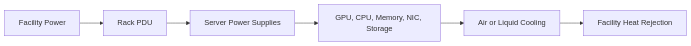
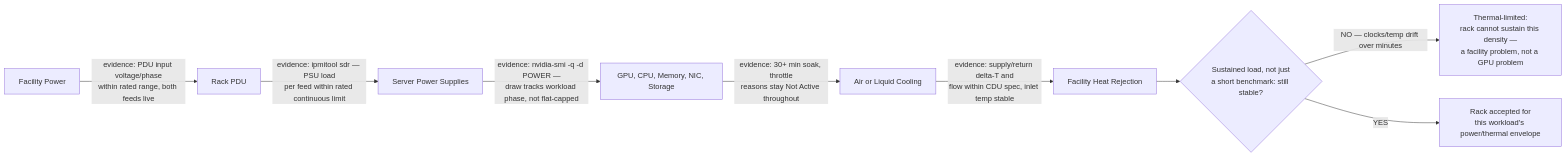
Before and after one commit to jithinpnjm/nvidia-devops: the first of 2 diagrams in docs/nvidia-zero-to-hero/volume-06/chapter-05-hgx-power-cooling-and-rack-integration.md, drawn with Mermaid. The commit also changed other lines of this file and 4 other files, not shown here.

Commit message:
WIP checkpoint: depth rework in progress, NOT verified/built — session hit rate limit mid-run

````diff
--- a/docs/nvidia-zero-to-hero/volume-06/chapter-05-hgx-power-cooling-and-rack-integration.md
+++ b/docs/nvidia-zero-to-hero/volume-06/chapter-05-hgx-power-cooling-and-rack-integration.md
@@ -38,12 +38,13 @@
 ```mermaid
 flowchart LR
-    Utility[Facility Power]
-    PDU[Rack PDU]
-    PSU[Server Power Supplies]
-    Components[GPU, CPU, Memory, NIC, Storage]
-    Cooling[Air or Liquid Cooling]
-    Facility[Facility Heat Rejection]
+    Utility[Facility Power] -->|"evidence: PDU input voltage/phase<br/>within rated range, both feeds live"| PDU[Rack PDU]
+    PDU -->|"evidence: ipmitool sdr — PSU load<br/>per feed within rated continuous limit"| PSU[Server Power Supplies]
+    PSU -->|"evidence: nvidia-smi -q -d POWER —<br/>draw tracks workload phase, not flat-capped"| Components[GPU, CPU, Memory, NIC, Storage]
+    Components -->|"evidence: 30+ min soak, throttle<br/>reasons stay Not Active throughout"| Cooling[Air or Liquid Cooling]
+    Cooling -->|"evidence: supply/return delta-T and<br/>flow within CDU spec, inlet temp stable"| Facility[Facility Heat Rejection]
 
-    Utility --> PDU --> PSU --> Components
-    Components --> Cooling --> Facility
+    Decision{"Sustained load, not just<br/>a short benchmark: still stable?"}
+    Facility --> Decision
+    Decision -->|"NO — clocks/temp drift over minutes"| ThermalBound["Thermal-limited:<br/>rack cannot sustain this density —<br/>a facility problem, not a GPU problem"]
+    Decision -->|"YES"| Accepted["Rack accepted for<br/>this workload's power/thermal envelope"]
 ```
````
